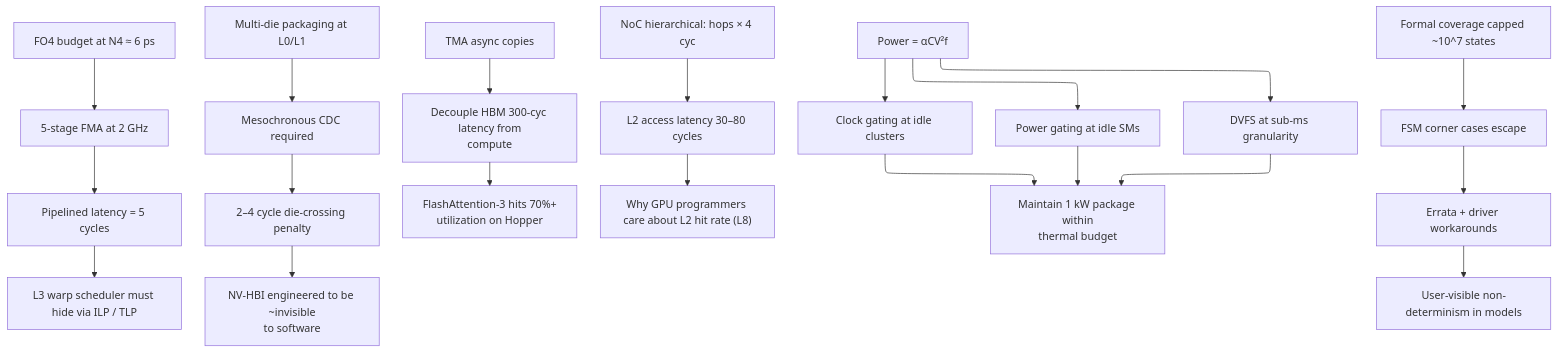
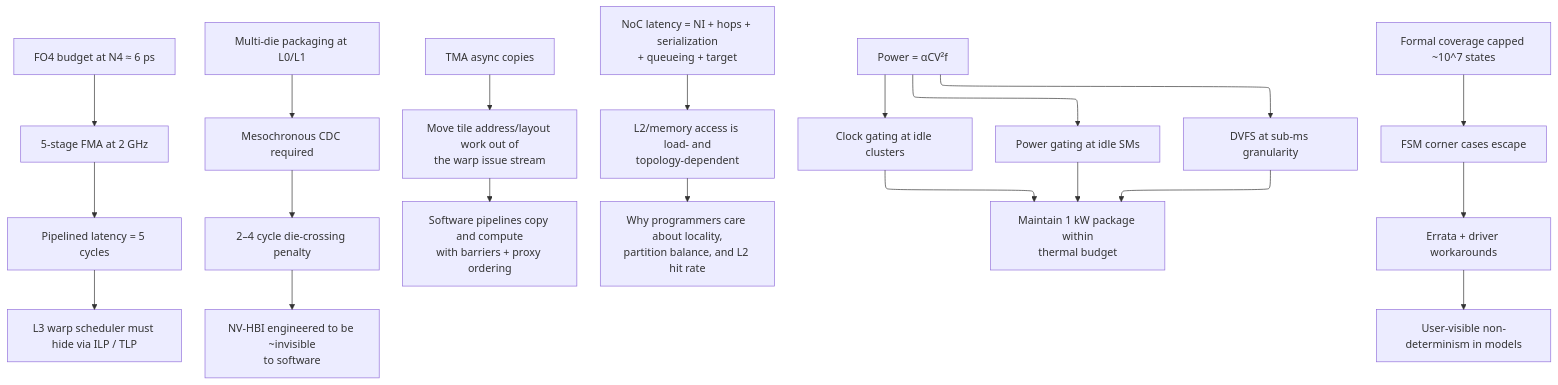
Before and after one commit to Wty2003328/ai_infra_intro: diagram 14 of 14 in L2_Digital_Design_for_AI/04_Digital_Design_For_AI.md, drawn with Mermaid. The commit also changed other lines of this file and 3 other files, not shown here.

Commit message:
Expand GPU memory ordering, DMA, and NoC chapters

````diff
--- a/L2_Digital_Design_for_AI/04_Digital_Design_For_AI.md
+++ b/L2_Digital_Design_for_AI/04_Digital_Design_For_AI.md
@@ -498,26 +879,26 @@
 ```mermaid
 %%{init: {"flowchart": {"defaultRenderer": "elk", "nodeSpacing": 60, "rankSpacing": 60, "htmlLabels": false}}}%%
 flowchart TD
     A[FO4 budget at N4 ≈ 6 ps] --> B[5-stage FMA at 2 GHz]
     B --> C[Pipelined latency = 5 cycles]
     C --> D["L3 warp scheduler must hide via ILP / TLP"]
 
     E[Multi-die packaging at L0/L1] --> F[Mesochronous CDC required]
     F --> G[2–4 cycle die-crossing penalty]
     G --> H[NV-HBI engineered to be ~invisible<br/>to software]
 
-    I[TMA async copies] --> J[Decouple HBM 300-cyc latency from<br/>compute]
-    J --> K[FlashAttention-3 hits 70%+<br/>utilization on Hopper]
+    I[TMA async copies] --> J[Move tile address/layout work out of<br/>the warp issue stream]
+    J --> K[Software pipelines copy and compute<br/>with barriers + proxy ordering]
 
-    L[NoC hierarchical: hops × 4 cyc] --> M[L2 access latency 30–80 cycles]
-    M --> N["Why GPU programmers care about L2 hit rate (L8)"]
+    L[NoC latency = NI + hops + serialization<br/>+ queueing + target] --> M[L2/memory access is load- and<br/>topology-dependent]
+    M --> N["Why programmers care about locality,<br/>partition balance, and L2 hit rate"]
 
     O["Power = αCV²f"] --> P[Clock gating at idle clusters]
     O --> Q[Power gating at idle SMs]
     O --> R[DVFS at sub-ms granularity]
     P & Q & R --> S[Maintain 1 kW package within<br/>thermal budget]
 
     T[Formal coverage capped ~10^7 states] --> U[FSM corner cases escape]
     U --> V[Errata + driver workarounds]
     V --> W["User-visible non-determinism in models"]
 ```
````
